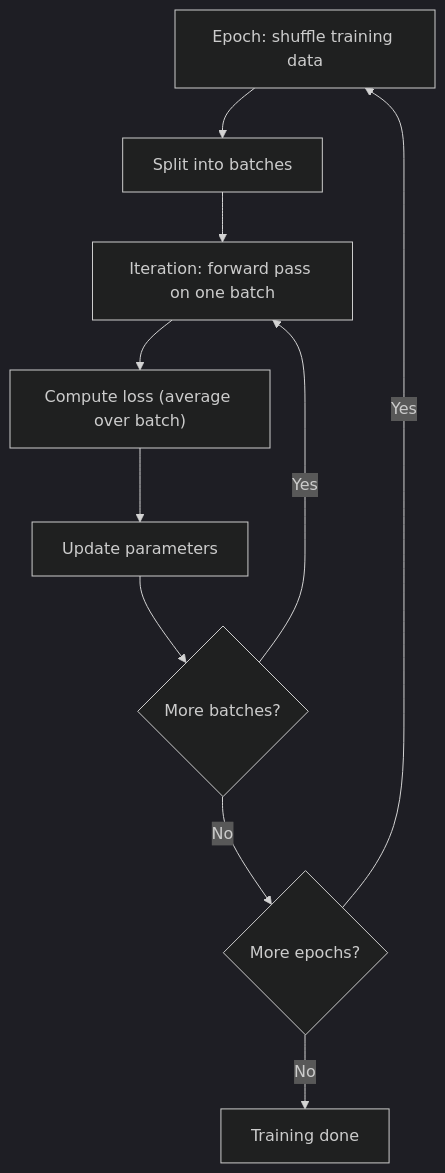
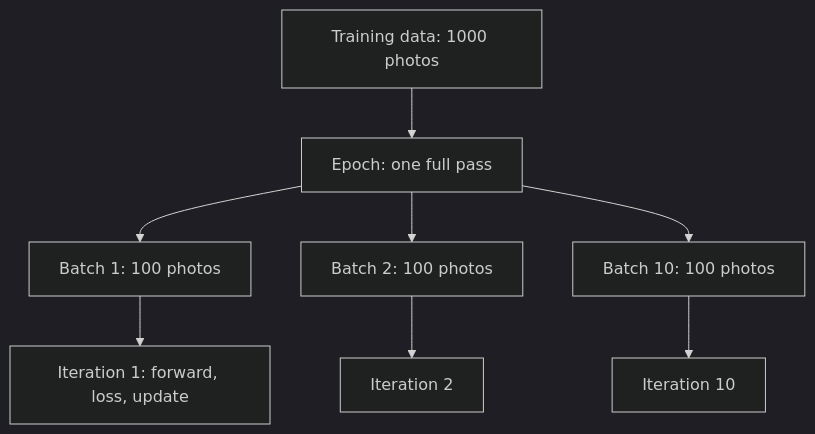
Before and after one commit to kaisarnajar/outcome-school-blogs: the first of 2 diagrams in notes/step-02-deep-learning-and-neural-networks/030-epoch-batch-and-iteration.md, drawn with Mermaid (dark theme). The commit also changed other lines of this file and 233 other files, not shown here.

````diff
--- a/notes/step-02-deep-learning-and-neural-networks/030-epoch-batch-and-iteration.md
+++ b/notes/step-02-deep-learning-and-neural-networks/030-epoch-batch-and-iteration.md
@@ -52,12 +86,10 @@
 ```mermaid
 flowchart TD
-    A["Epoch: shuffle training data"] --> B["Split into batches"]
-    B --> C["Iteration: forward pass on one batch"]
-    C --> D["Compute loss (average over batch)"]
-    D --> E["Update parameters"]
-    E --> F{"More batches?"}
-    F -->|"Yes"| C
-    F -->|"No"| G{"More epochs?"}
-    G -->|"Yes"| A
-    G -->|"No"| H["Training done"]
+    D["Training data: 1000 photos"] --> E["Epoch: one full pass"]
+    E --> B1["Batch 1: 100 photos"]
+    E --> B2["Batch 2: 100 photos"]
+    E --> B10["Batch 10: 100 photos"]
+    B1 --> I1["Iteration 1: forward, loss, update"]
+    B2 --> I2["Iteration 2"]
+    B10 --> I10["Iteration 10"]
 ```
````
